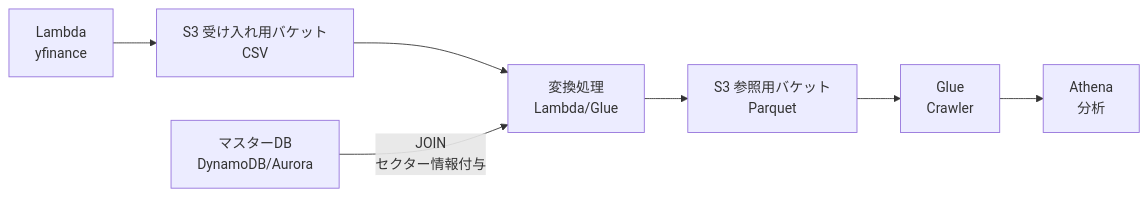
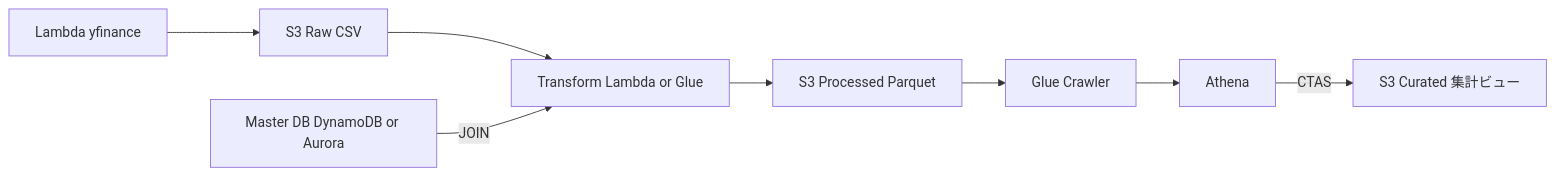
One commit to yamato-aoki/yfinance_aws_project changed the diagram in README.md. Above: the diagram before and after it, drawn with Mermaid. The commit also changed other lines of this file and 5 other files, not shown here.

````diff
--- a/README.md
+++ b/README.md
@@ -51,17 +34,19 @@
 ```mermaid
 graph LR
-    Lambda[Lambda<br/>yfinance]
-    S3Raw[S3 受け入れ用バケット<br/>CSV]
-    Transform[変換処理<br/>Lambda/Glue]
-    Master[マスターDB<br/>DynamoDB/Aurora]
-    S3Processed[S3 参照用バケット<br/>Parquet]
-    Crawler[Glue<br/>Crawler]
-    Athena[Athena<br/>分析]
-    
+    Lambda[Lambda yfinance]
+    S3Raw[S3 Raw CSV]
+    Transform[Transform Lambda or Glue]
+    MasterDB[Master DB DynamoDB or Aurora]
+    S3Processed[S3 Processed Parquet]
+    Crawler[Glue Crawler]
+    Athena[Athena]
+    S3Curated[S3 Curated 集計ビュー]
+
     Lambda --> S3Raw
     S3Raw --> Transform
-    Master -->|JOIN<br/>セクター情報付与| Transform
+    MasterDB -->|JOIN| Transform
     Transform --> S3Processed
     S3Processed --> Crawler
     Crawler --> Athena
+    Athena -->|CTAS| S3Curated
 ```
````
